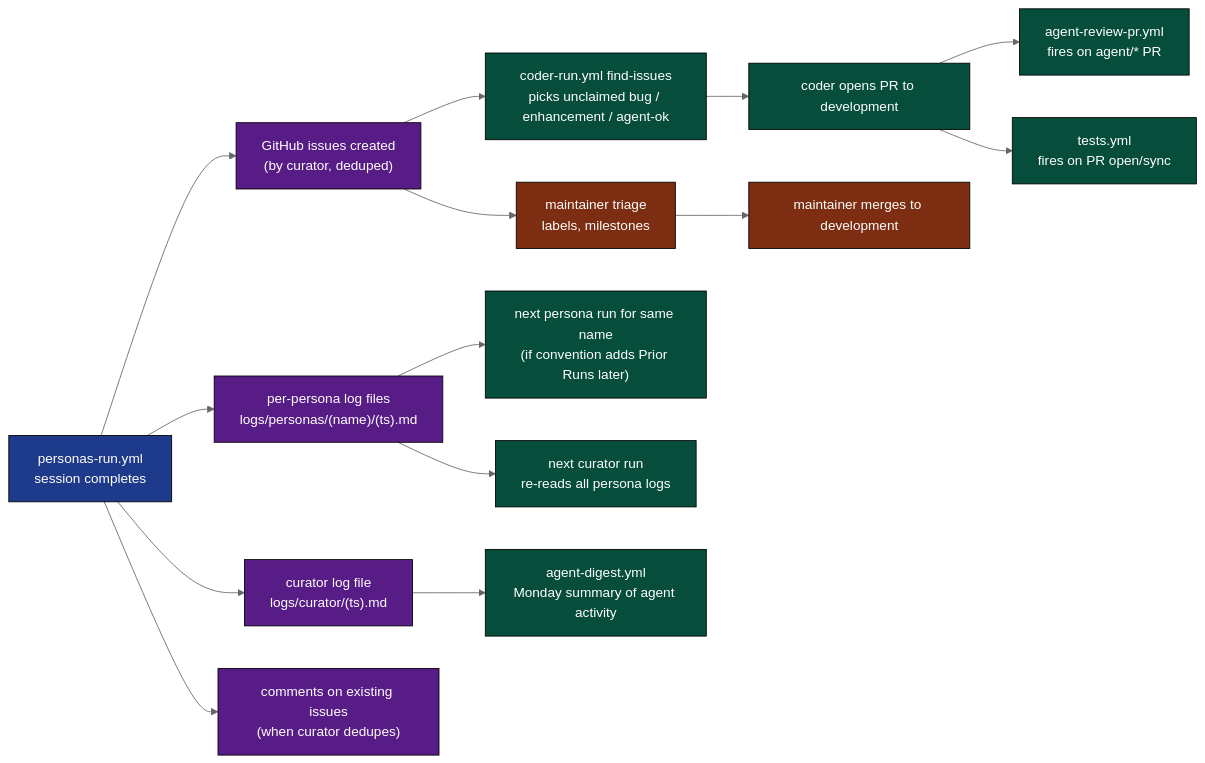
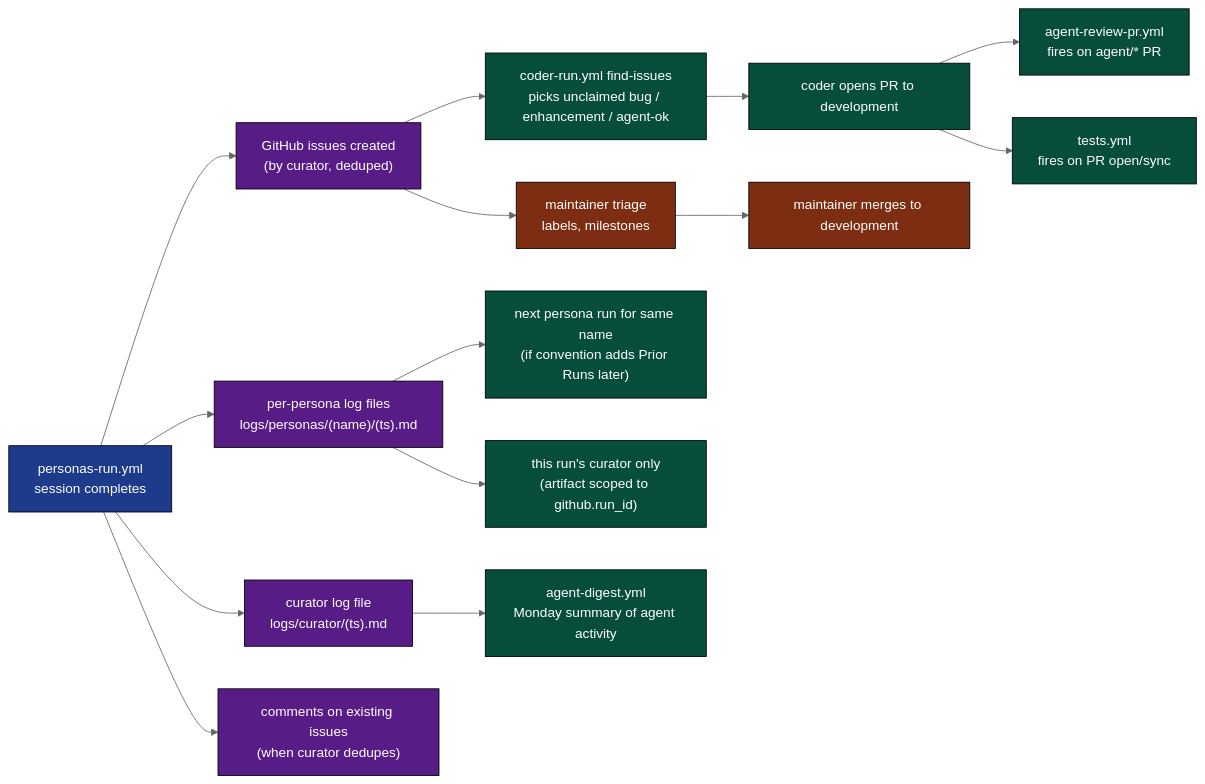
The ninth of 12 diagrams in .github/docs/PERSONAS_RUN_DEEP_DIVE.md (llm-exe/llm-exe), drawn with Mermaid (neutral theme) before and after one commit. The commit also changed other lines of this file and 1 other file, not shown here.

Commit message:
docs: sync personas-run deep dive and architecture after persona log artifact handoff

````diff
--- a/.github/docs/PERSONAS_RUN_DEEP_DIVE.md
+++ b/.github/docs/PERSONAS_RUN_DEEP_DIVE.md
@@ -528,26 +553,26 @@
 ```mermaid
 flowchart LR
     classDef src fill:#1e3a8a,color:#fff,stroke:#000
     classDef out fill:#581c87,color:#fff,stroke:#000
     classDef cons fill:#064e3b,color:#fff,stroke:#000
     classDef human fill:#7c2d12,color:#fff,stroke:#000
 
     PR["personas-run.yml\nsession completes"]:::src
 
     PR --> O1["per-persona log files\nlogs/personas/(name)/(ts).md"]:::out
     PR --> O2["curator log file\nlogs/curator/(ts).md"]:::out
     PR --> O3["GitHub issues created\n(by curator, deduped)"]:::out
     PR --> O4["comments on existing issues\n(when curator dedupes)"]:::out
 
     O3 --> C1["coder-run.yml find-issues\npicks unclaimed bug / enhancement / agent-ok"]:::cons
     O3 --> C2["maintainer triage\nlabels, milestones"]:::human
 
     O1 --> C3["next persona run for same name\n(if convention adds Prior Runs later)"]:::cons
-    O1 --> C4["next curator run\nre-reads all persona logs"]:::cons
+    O1 --> C4["this run's curator only\n(artifact scoped to github.run_id)"]:::cons
     O2 --> C5["agent-digest.yml\nMonday summary of agent activity"]:::cons
 
     C1 --> C6["coder opens PR to development"]:::cons
     C6 --> C7["agent-review-pr.yml\nfires on agent/* PR"]:::cons
     C6 --> C8["tests.yml\nfires on PR open/sync"]:::cons
     C2 --> M["maintainer merges to development"]:::human
 ```
````
